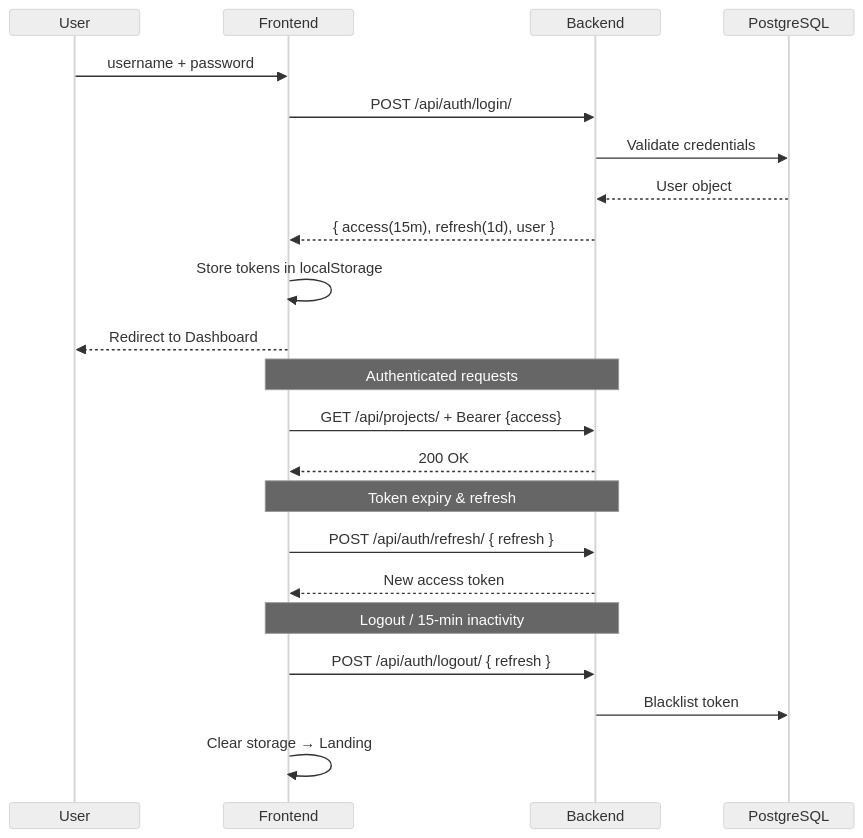
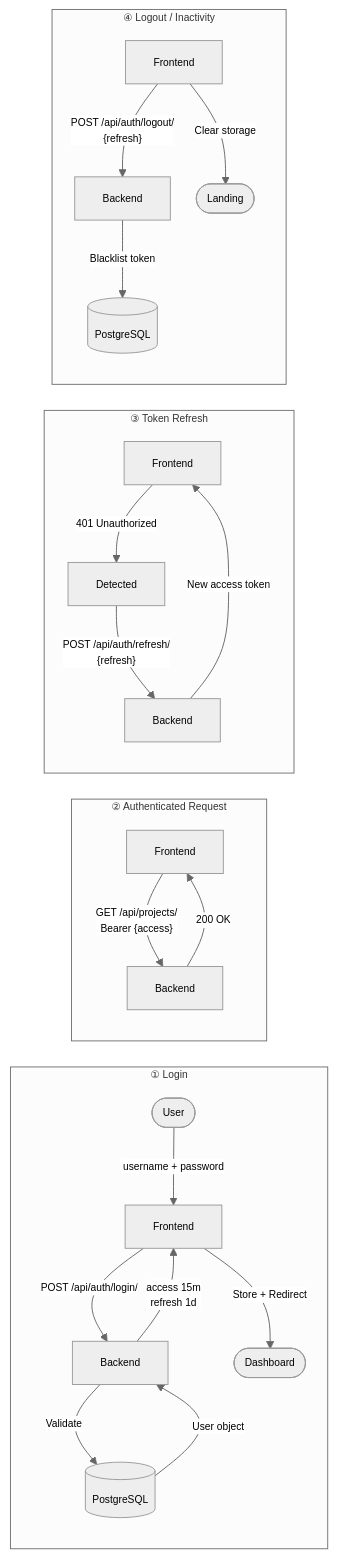
The third of 6 diagrams in README.md (msyafach/tp_doc_ai_agent_revised), drawn with Mermaid before and after one commit.

Commit message:
docs: replace auth sequenceDiagram with compact graph LR (4 subgraphs)
Sequence diagram was spanning 2 pages. Replaced with a flowchart LR
with 4 labelled subgraphs (Login, Authenticated Request, Token Refresh,
Logout) that fits on one A3 landscape page.

````diff
--- a/README.md
+++ b/README.md
@@ -435,29 +435,29 @@
 ```mermaid
-%%{init: {"theme": "neutral", "themeVariables": {"fontSize": "11px"}, "sequence": {"width": 140, "height": 28, "noteMargin": 8, "messageMargin": 30}}}%%
-sequenceDiagram
-    participant U as User
-    participant F as Frontend
-    participant B as Backend
-    participant DB as PostgreSQL
+%%{init: {"theme": "neutral", "themeVariables": {"fontSize": "11px"}, "flowchart": {"nodeSpacing": 28, "rankSpacing": 42}}}%%
+graph LR
+    subgraph L1["① Login"]
+        U1([User]) -->|"username + password"| F1[Frontend]
+        F1 -->|"POST /api/auth/login/"| B1[Backend]
+        B1 -->|"Validate"| DB1[(PostgreSQL)]
+        DB1 -->|"User object"| B1
+        B1 -->|"access 15m<br/>refresh 1d"| F1
+        F1 -->|"Store + Redirect"| D1([Dashboard])
+    end
 
-    U->>F: username + password
-    F->>B: POST /api/auth/login/
-    B->>DB: Validate credentials
-    DB-->>B: User object
-    B-->>F: { access(15m), refresh(1d), user }
-    F->>F: Store tokens in localStorage
-    F-->>U: Redirect to Dashboard
+    subgraph L2["② Authenticated Request"]
+        F2[Frontend] -->|"GET /api/projects/<br/>Bearer {access}"| B2[Backend]
+        B2 -->|"200 OK"| F2
+    end
 
-    Note over F,B: Authenticated requests
-    F->>B: GET /api/projects/ + Bearer {access}
-    B-->>F: 200 OK
+    subgraph L3["③ Token Refresh"]
+        F3[Frontend] -->|"401 Unauthorized"| R3[Detected]
+        R3 -->|"POST /api/auth/refresh/<br/>{refresh}"| B3[Backend]
+        B3 -->|"New access token"| F3
+    end
 
-    Note over F,B: Token expiry & refresh
-    F->>B: POST /api/auth/refresh/ { refresh }
-    B-->>F: New access token
-
-    Note over F,B: Logout / 15-min inactivity
-    F->>B: POST /api/auth/logout/ { refresh }
-    B->>DB: Blacklist token
-    F->>F: Clear storage → Landing
+    subgraph L4["④ Logout / Inactivity"]
+        F4[Frontend] -->|"POST /api/auth/logout/<br/>{refresh}"| B4[Backend]
+        B4 -->|"Blacklist token"| DB4[(PostgreSQL)]
+        F4 -->|"Clear storage"| E4([Landing])
+    end
 ```
````
